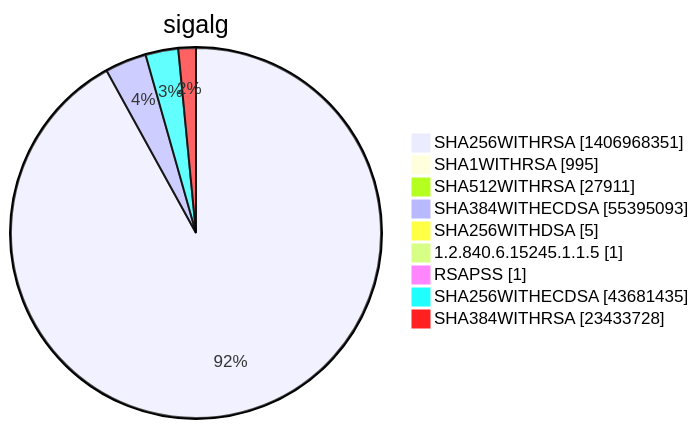
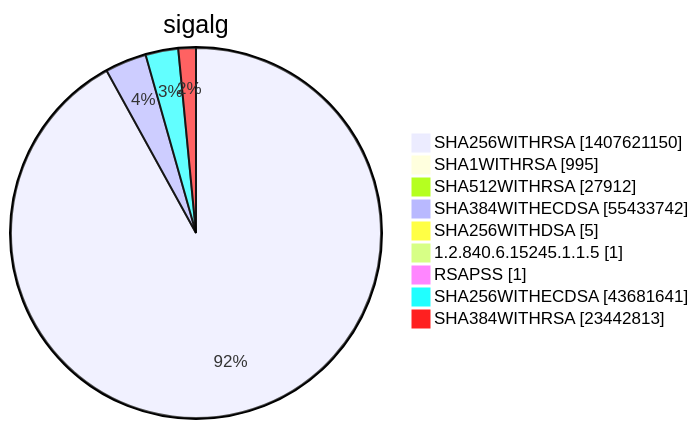
Before and after one commit to christiankrug/ctmonitor_visualization: diagram 15 of 15 in xenon2022/README.md, drawn with Mermaid. The commit also changed other lines of this file, not shown here.

````diff
--- a/xenon2022/README.md
+++ b/xenon2022/README.md
@@ -5856,13 +5856,13 @@
 ```mermaid
 pie showData
 title sigalg
-"SHA256WITHRSA" :1406968351
+"SHA256WITHRSA" :1407621150
 "SHA1WITHRSA" :995
-"SHA512WITHRSA" :27911
-"SHA384WITHECDSA" :55395093
+"SHA512WITHRSA" :27912
+"SHA384WITHECDSA" :55433742
 "SHA256WITHDSA" :5
 "1.2.840.6.15245.1.1.5" :1
 "RSAPSS" :1
-"SHA256WITHECDSA" :43681435
-"SHA384WITHRSA" :23433728
+"SHA256WITHECDSA" :43681641
+"SHA384WITHRSA" :23442813
 ```
````
